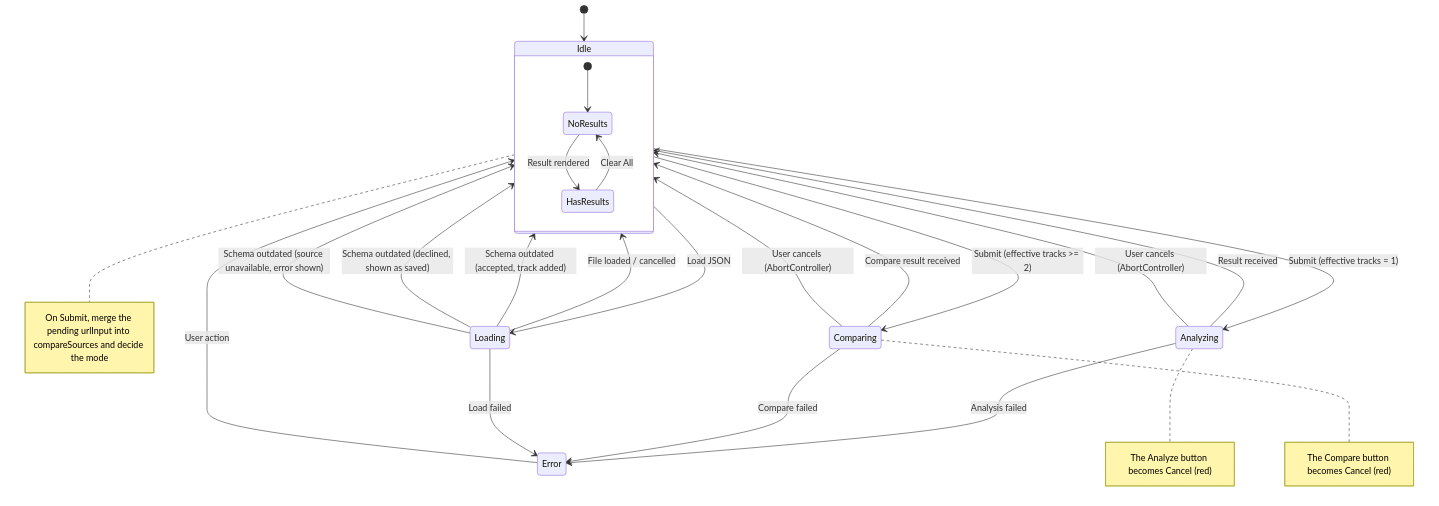
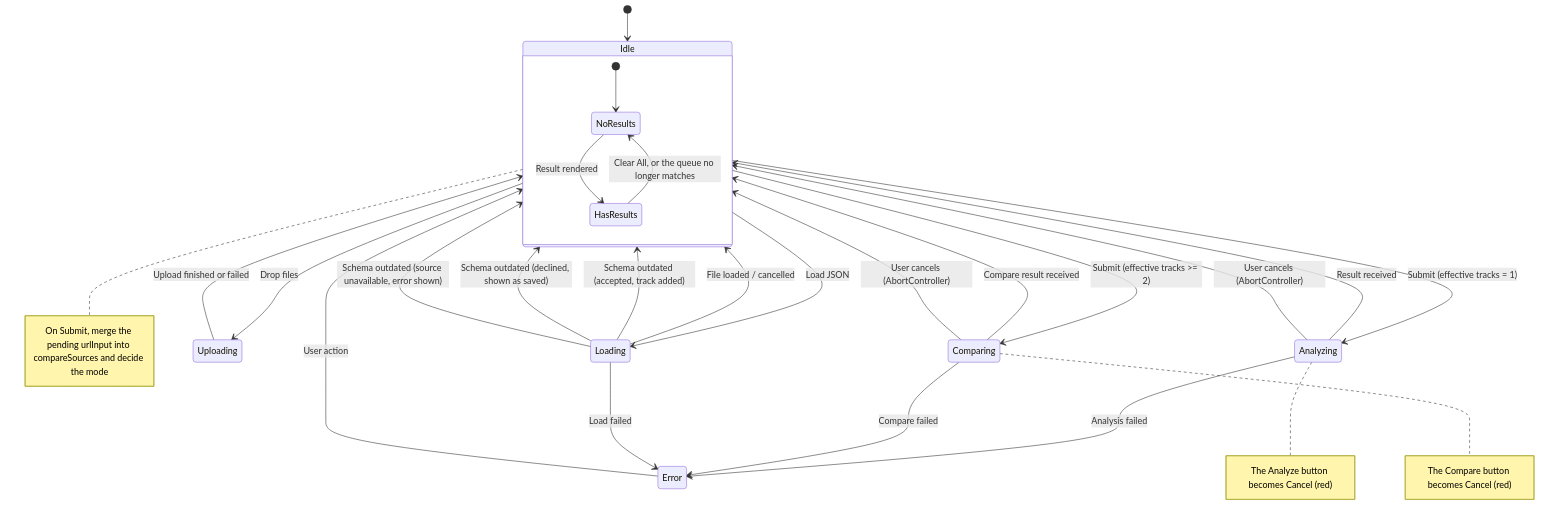
Before and after one commit to semnil/analyze-spectrum: diagram 11 of 18 in docs/architecture.md, drawn with Mermaid. The commit also changed other lines of this file and 5 other files, not shown here.

````diff
--- a/docs/architecture.md
+++ b/docs/architecture.md
@@ -292,33 +292,36 @@
 ```mermaid
 stateDiagram-v2
     [*] --> Idle
     Idle --> Analyzing : Submit (effective tracks = 1)
     Idle --> Comparing : Submit (effective tracks >= 2)
     Idle --> Loading : Load JSON
+    Idle --> Uploading : Drop files
 
     Analyzing --> Idle : Result received
     Analyzing --> Idle : User cancels (AbortController)
     Analyzing --> Error : Analysis failed
 
     Comparing --> Idle : Compare result received
     Comparing --> Idle : User cancels (AbortController)
     Comparing --> Error : Compare failed
 
     Loading --> Idle : File loaded / cancelled
     Loading --> Idle : Schema outdated (accepted, track added)
     Loading --> Idle : Schema outdated (declined, shown as saved)
     Loading --> Idle : Schema outdated (source unavailable, error shown)
     Loading --> Error : Load failed
 
+    Uploading --> Idle : Upload finished or failed
+
     Error --> Idle : User action
 
     state Idle {
         [*] --> NoResults
         NoResults --> HasResults : Result rendered
-        HasResults --> NoResults : Clear All
+        HasResults --> NoResults : Clear All, or the queue no longer matches
     }
 
     note right of Idle : On Submit, merge the pending urlInput into compareSources and decide the mode
     note right of Analyzing : The Analyze button becomes Cancel (red)
     note right of Comparing : The Compare button becomes Cancel (red)
 ```
````
